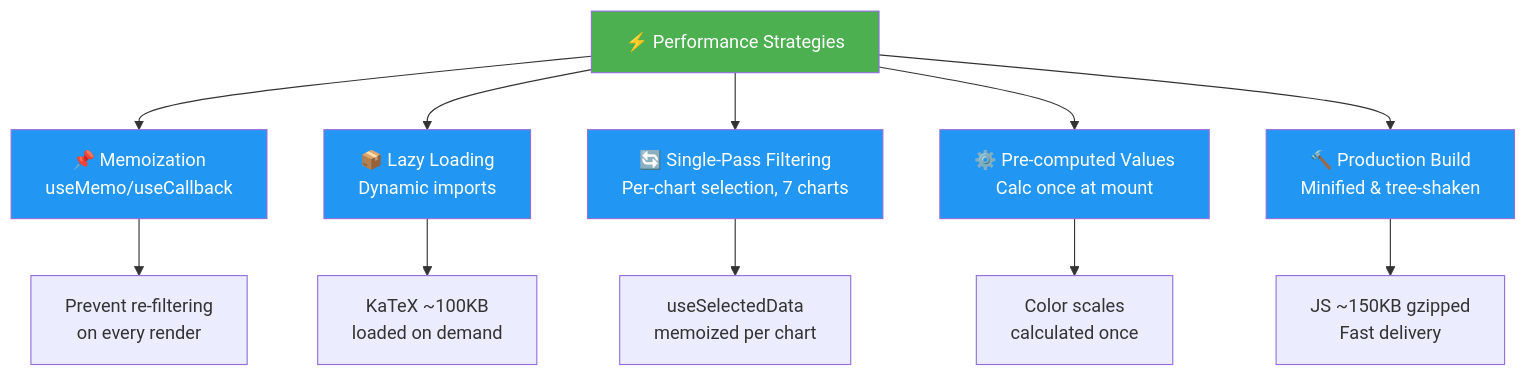
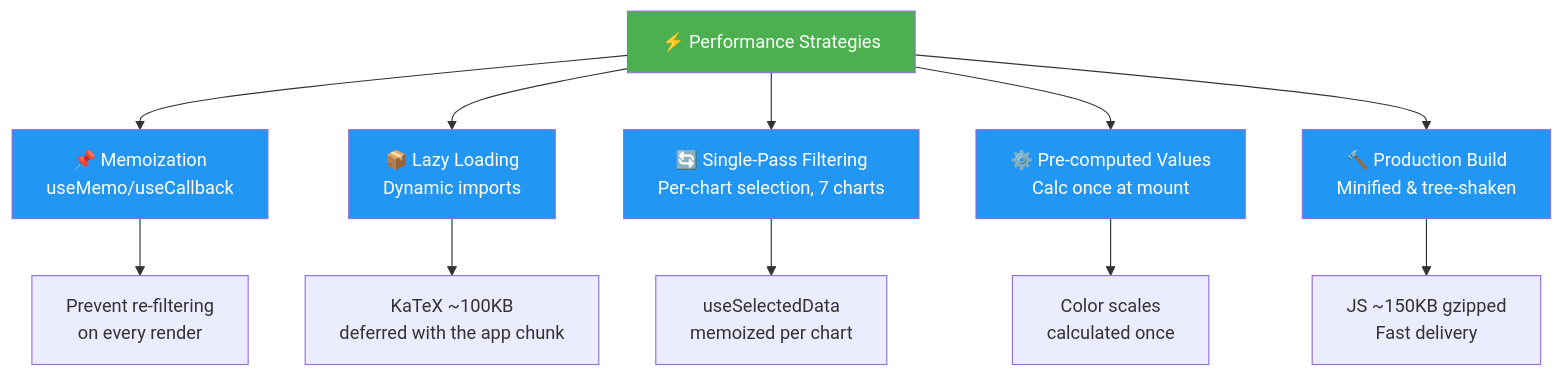
One commit to RetroHazard/JP_Immigration_Dashboard changed diagram 12 of 16 in ARCHITECTURE.md. Above: the diagram before and after it, drawn with Mermaid. The commit also changed other lines of this file and 4 other files, not shown here.

````diff
--- a/ARCHITECTURE.md
+++ b/ARCHITECTURE.md
@@ -460,23 +464,23 @@
 ```mermaid
 graph TD
     PERF["⚡ Performance Strategies"]
     
     PERF --> MEMO["📌 Memoization<br/>useMemo/useCallback"]
     PERF --> LAZY["📦 Lazy Loading<br/>Dynamic imports"]
     PERF --> SINGLE["🔄 Single-Pass Filtering<br/>Per-chart selection, 7 charts"]
     PERF --> PRECOMP["⚙️ Pre-computed Values<br/>Calc once at mount"]
     PERF --> BUILD["🔨 Production Build<br/>Minified & tree-shaken"]
     
     MEMO --> EXAMPLE1["Prevent re-filtering<br/>on every render"]
-    LAZY --> EXAMPLE2["KaTeX ~100KB<br/>loaded on demand"]
+    LAZY --> EXAMPLE2["KaTeX ~100KB<br/>deferred with the app chunk"]
     SINGLE --> EXAMPLE3["useSelectedData<br/>memoized per chart"]
     PRECOMP --> EXAMPLE4["Color scales<br/>calculated once"]
     BUILD --> EXAMPLE5["JS ~150KB gzipped<br/>Fast delivery"]
     
     style PERF fill:#4CAF50,color:#fff
     style MEMO fill:#2196F3,color:#fff
     style LAZY fill:#2196F3,color:#fff
     style SINGLE fill:#2196F3,color:#fff
     style PRECOMP fill:#2196F3,color:#fff
     style BUILD fill:#2196F3,color:#fff
 ```
````
